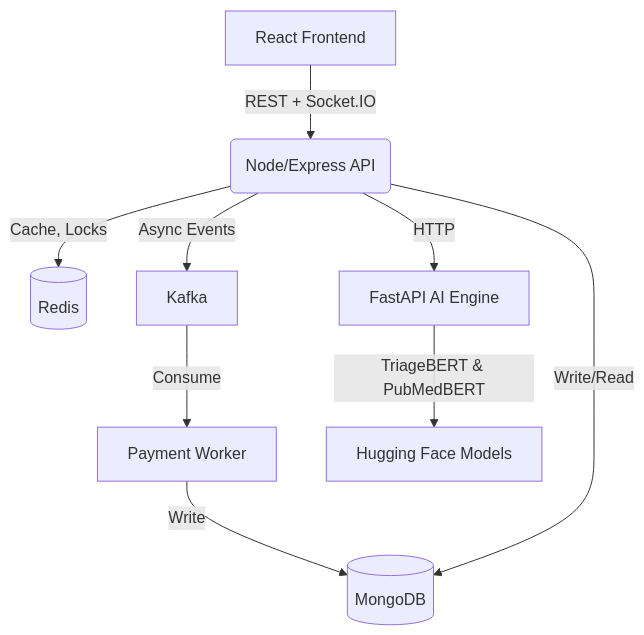
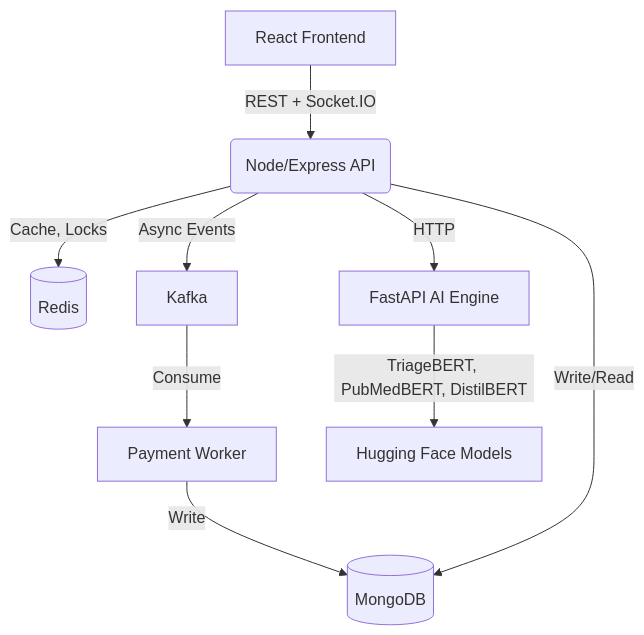
Before and after one commit to khushalmidha/MediPulse: the diagram in README.md, drawn with Mermaid. The commit also changed other lines of this file and 6 other files, not shown here.

Commit message:
feat(ai): integrate DistilBERT for disease prediction from symptoms

````diff
--- a/README.md
+++ b/README.md
@@ -80,11 +81,11 @@
 ```mermaid
 graph TD;
     A[React Frontend] -->|REST + Socket.IO| B(Node/Express API)
     B -->|Cache, Locks| C[(Redis)]
     B -->|Async Events| D[Kafka]
     D -->|Consume| E[Payment Worker]
     E -->|Write| F[(MongoDB)]
     B -->|Write/Read| F
     B -->|HTTP| G[FastAPI AI Engine]
-    G -->|TriageBERT & PubMedBERT| H[Hugging Face Models]
+    G -->|TriageBERT, PubMedBERT, DistilBERT| H[Hugging Face Models]
 ```
````
